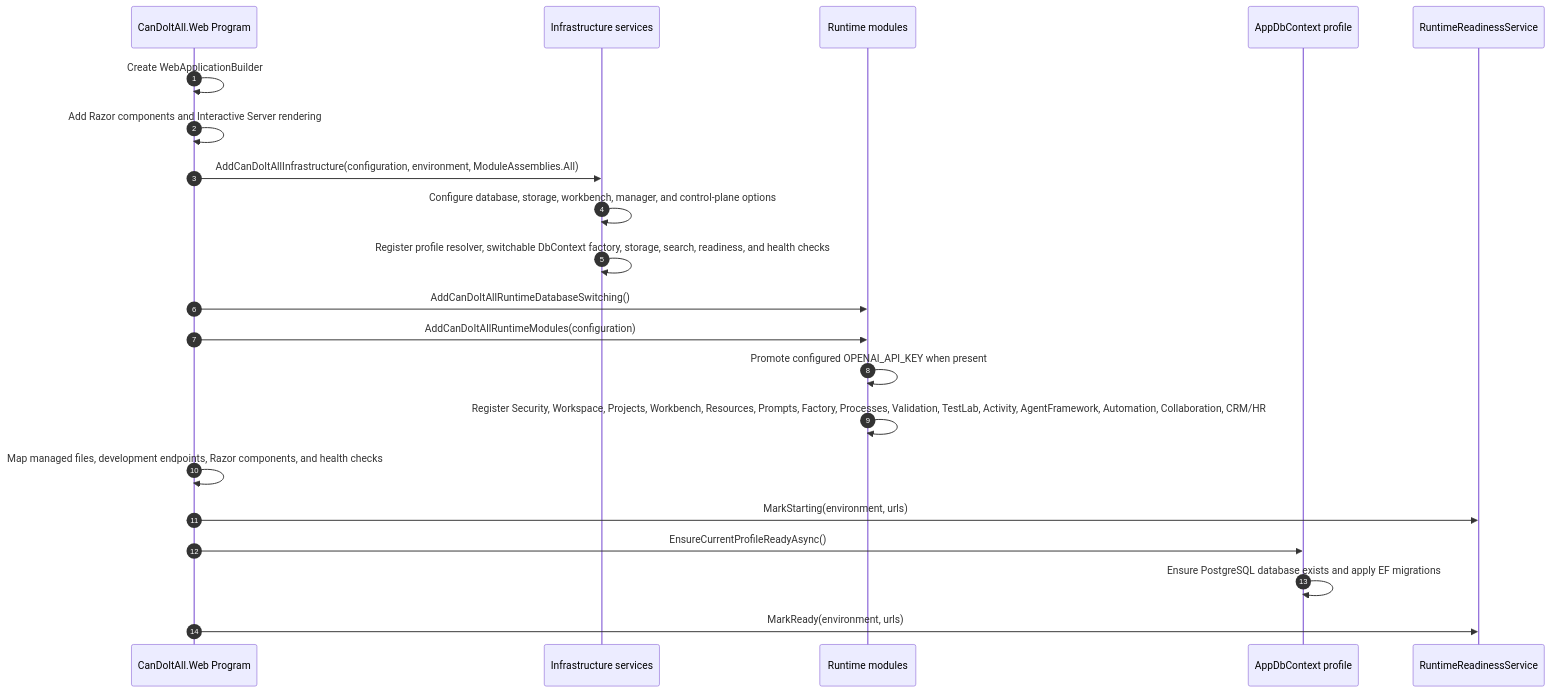
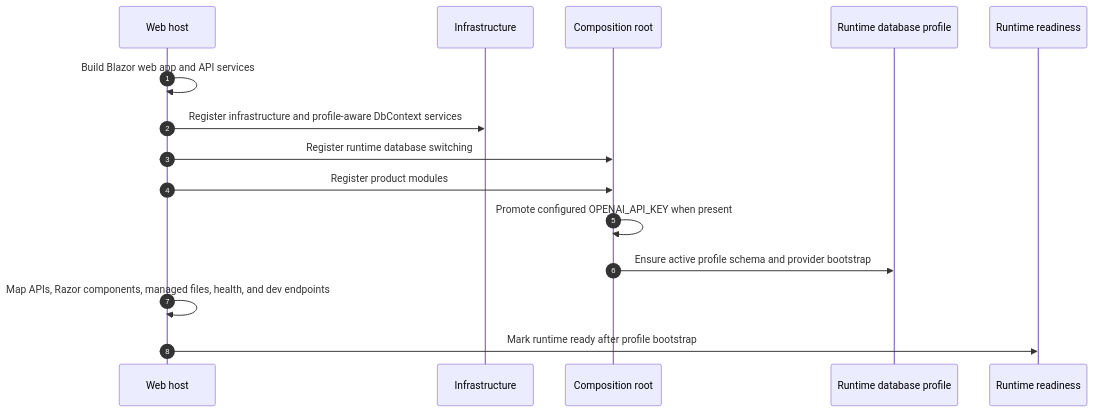
The second of 3 diagrams in docs/architecture-beta.md (fyziktom/CanDoItAll), drawn with Mermaid before and after one commit. The commit also changed other lines of this file and 21 other files, not shown here.

````diff
--- a/docs/architecture-beta.md
+++ b/docs/architecture-beta.md
@@ -196,24 +82,18 @@
 ```mermaid
 sequenceDiagram
     autonumber
-    participant Host as CanDoItAll.Web Program
-    participant Infra as Infrastructure services
-    participant Composition as Runtime modules
-    participant Db as AppDbContext profile
-    participant Readiness as RuntimeReadinessService
+    participant Host as Web host
+    participant Infra as Infrastructure
+    participant Composition as Composition root
+    participant Db as Runtime database profile
+    participant Readiness as Runtime readiness
 
-    Host->>Host: Create WebApplicationBuilder
-    Host->>Host: Add Razor components and Interactive Server rendering
-    Host->>Infra: AddCanDoItAllInfrastructure(configuration, environment, ModuleAssemblies.All)
-    Infra->>Infra: Configure database, storage, workbench, manager, and control-plane options
-    Infra->>Infra: Register profile resolver, switchable DbContext factory, storage, search, readiness, and health checks
-    Host->>Composition: AddCanDoItAllRuntimeDatabaseSwitching()
-    Host->>Composition: AddCanDoItAllRuntimeModules(configuration)
+    Host->>Host: Build Blazor web app and API services
+    Host->>Infra: Register infrastructure and profile-aware DbContext services
+    Host->>Composition: Register runtime database switching
+    Host->>Composition: Register product modules
     Composition->>Composition: Promote configured OPENAI_API_KEY when present
-    Composition->>Composition: Register Security, Workspace, Projects, Workbench, Resources, Prompts, Factory, Processes, Validation, TestLab, Activity, AgentFramework, Automation, Collaboration, CRM/HR
-    Host->>Host: Map managed files, development endpoints, Razor components, and health checks
-    Host->>Readiness: MarkStarting(environment, urls)
-    Host->>Db: EnsureCurrentProfileReadyAsync()
-    Db->>Db: Ensure PostgreSQL database exists and apply EF migrations
-    Host->>Readiness: MarkReady(environment, urls)
+    Composition->>Db: Ensure active profile schema and provider bootstrap
+    Host->>Host: Map APIs, Razor components, managed files, health, and dev endpoints
+    Host->>Readiness: Mark runtime ready after profile bootstrap
 ```
````
